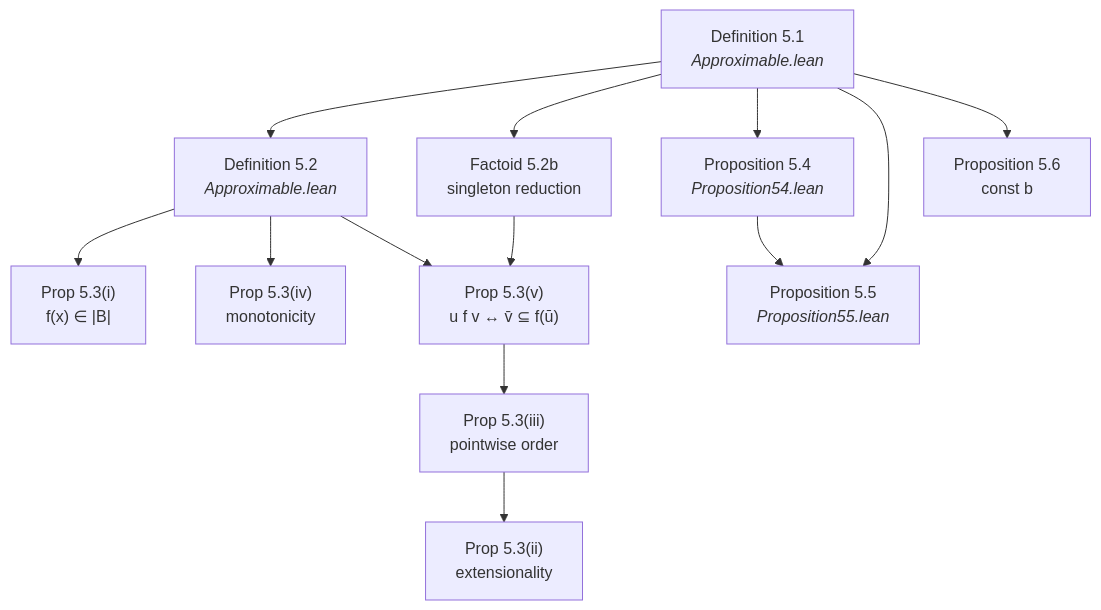
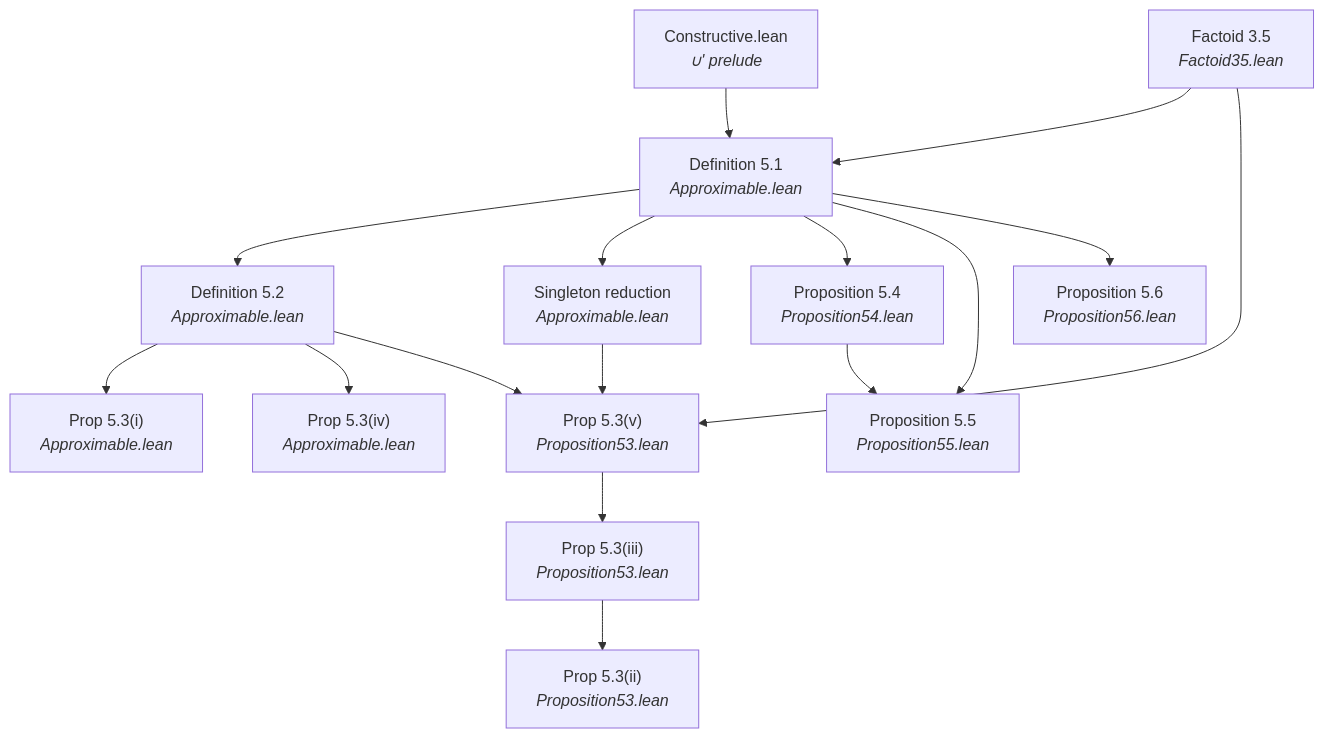
Before and after one commit to catskillsresearch/scott1982: the seventh of 10 diagrams in arxiv.md, drawn with Mermaid. The commit also changed other lines of this file, not shown here.

Commit message:
Revise §5 mermaid and rename singleton-reduction inventory row.
Align the approximable-mappings diagram with Lean module deps, and drop the awkward Factoid 5.2b label for an unnumbered Singleton reduction block.

````diff
--- a/arxiv.md
+++ b/arxiv.md
@@ -346,25 +346,31 @@
 ```mermaid
 flowchart TD
+  C["Constructive.lean<br/><i>∪' prelude</i>"]
+  F35["Factoid 3.5<br/><i>Factoid35.lean</i>"]
   D51["Definition 5.1<br/><i>Approximable.lean</i>"]
   D52["Definition 5.2<br/><i>Approximable.lean</i>"]
-  P53i["Prop 5.3(i)<br/>f(x) ∈ |B|"]
-  P53ii["Prop 5.3(ii)<br/>extensionality"]
-  P53iii["Prop 5.3(iii)<br/>pointwise order"]
-  P53iv["Prop 5.3(iv)<br/>monotonicity"]
-  F52b["Factoid 5.2b<br/>singleton reduction"]
-  P53v["Prop 5.3(v)<br/>u f v ↔ v̄ ⊆ f(ū)"]
+  P53i["Prop 5.3(i)<br/><i>Approximable.lean</i>"]
+  P53ii["Prop 5.3(ii)<br/><i>Proposition53.lean</i>"]
+  P53iii["Prop 5.3(iii)<br/><i>Proposition53.lean</i>"]
+  P53iv["Prop 5.3(iv)<br/><i>Approximable.lean</i>"]
+  Sing["Singleton reduction<br/><i>Approximable.lean</i>"]
+  P53v["Prop 5.3(v)<br/><i>Proposition53.lean</i>"]
   P54["Proposition 5.4<br/><i>Proposition54.lean</i>"]
   P55["Proposition 5.5<br/><i>Proposition55.lean</i>"]
-  P56["Proposition 5.6<br/>const b"]
+  P56["Proposition 5.6<br/><i>Proposition56.lean</i>"]
+  C --> D51
+  F35 --> D51
   D51 --> D52
   D52 --> P53i
   D52 --> P53iv
-  D51 --> F52b
-  F52b --> P53v
+  D51 --> Sing
+  Sing --> P53v
   D52 --> P53v
-  P53v --> P53iii --> P53ii
+  F35 --> P53v
+  P53v --> P53iii
+  P53iii --> P53ii
   D51 --> P54
   D51 --> P55
   D51 --> P56
   P54 --> P55
 ```
````
